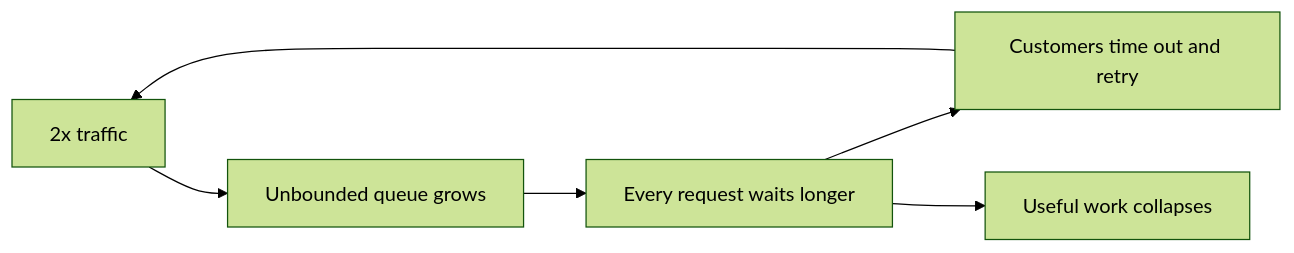
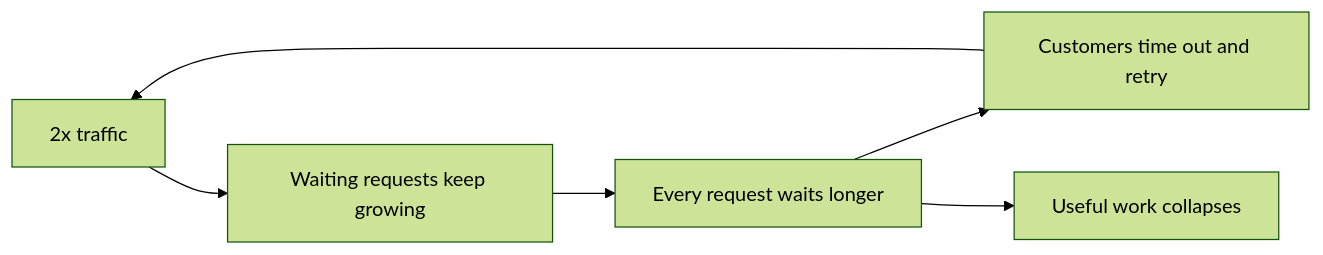
Before and after one commit to jubin-techwiz/learning: the first of 2 diagrams in notes/01-resilience/08-load-shedding-backpressure.md, drawn with Mermaid (forest theme). The commit also changed other lines of this file and 11 other files, not shown here.

````diff
--- a/notes/01-resilience/08-load-shedding-backpressure.md
+++ b/notes/01-resilience/08-load-shedding-backpressure.md
@@ -26,8 +54,8 @@
 ```mermaid
 flowchart LR
-    T[2x traffic] --> Q[Unbounded queue grows]
+    T[2x traffic] --> Q[Waiting requests keep growing]
     Q --> L[Every request waits longer]
     L --> X[Customers time out and retry]
     X --> T
     L --> Z[Useful work collapses]
 ```
````
